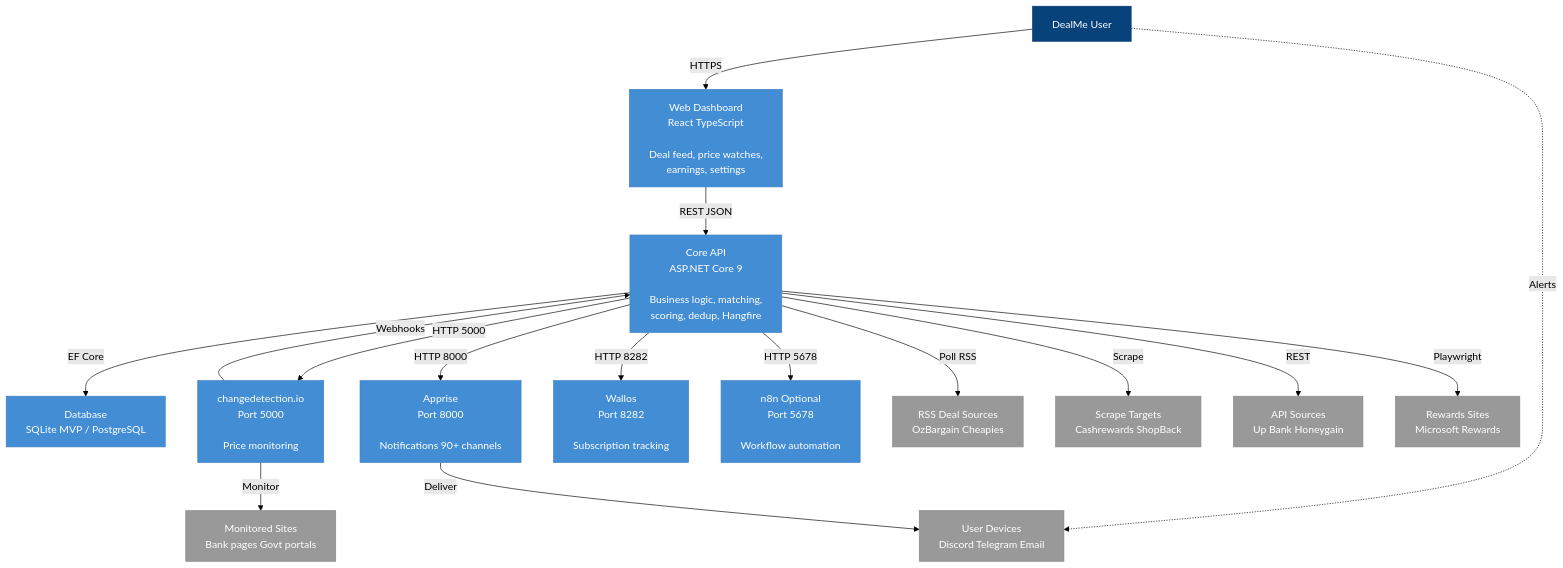
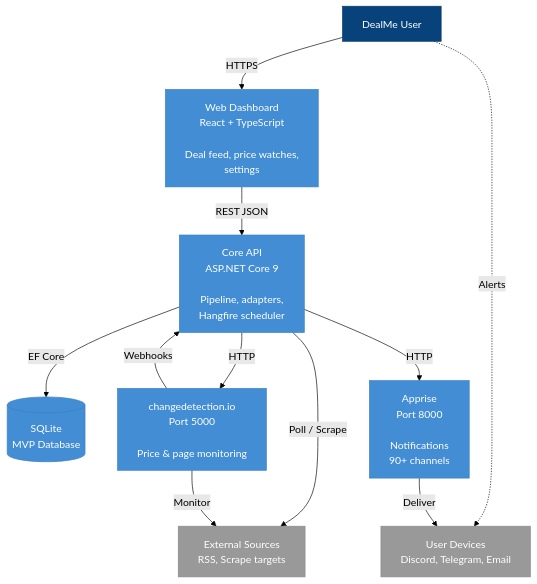
The second of 7 diagrams in docs/ARCHITECTURE.md (abhishekmandhare/Dealme), drawn with Mermaid (forest theme) before and after one commit. The commit also changed other lines of this file and 3 other files, not shown here.

````diff
--- a/docs/ARCHITECTURE.md
+++ b/docs/ARCHITECTURE.md
@@ -60,50 +43,33 @@
 ```mermaid
 graph TB
     User["DealMe User"]
 
-    Dashboard["Web Dashboard<br/>React TypeScript<br/><br/>Deal feed, price watches,<br/>earnings, settings"]
-    API["Core API<br/>ASP.NET Core 9<br/><br/>Business logic, matching,<br/>scoring, dedup, Hangfire"]
-    DB["Database<br/>SQLite MVP / PostgreSQL"]
-    CDIO["changedetection.io<br/>Port 5000<br/><br/>Price monitoring"]
-    Apprise["Apprise<br/>Port 8000<br/><br/>Notifications 90+ channels"]
-    Wallos["Wallos<br/>Port 8282<br/><br/>Subscription tracking"]
-    N8N["n8n Optional<br/>Port 5678<br/><br/>Workflow automation"]
+    Dashboard["Web Dashboard<br/>React + TypeScript<br/><br/>Deal feed, price watches,<br/>settings"]
+    API["Core API<br/>ASP.NET Core 9<br/><br/>Pipeline, adapters,<br/>Hangfire scheduler"]
+    DB[("SQLite<br/>MVP Database")]
+    CDIO["changedetection.io<br/>Port 5000<br/><br/>Price & page monitoring"]
+    Apprise["Apprise<br/>Port 8000<br/><br/>Notifications<br/>90+ channels"]
 
-    RSS["RSS Deal Sources<br/>OzBargain Cheapies"]
-    Scrape["Scrape Targets<br/>Cashrewards ShopBack"]
-    APIs["API Sources<br/>Up Bank Honeygain"]
-    Monitored["Monitored Sites<br/>Bank pages Govt portals"]
-    RewardSites["Rewards Sites<br/>Microsoft Rewards"]
-    Devices["User Devices<br/>Discord Telegram Email"]
+    External["External Sources<br/>RSS, Scrape targets"]
+    Devices["User Devices<br/>Discord, Telegram, Email"]
 
     User -->|HTTPS| Dashboard
     User -.->|Alerts| Devices
     Dashboard -->|REST JSON| API
     API -->|EF Core| DB
-    API -->|HTTP 8000| Apprise
-    API -->|HTTP 5000| CDIO
+    API -->|HTTP| Apprise
+    API -->|HTTP| CDIO
     CDIO -->|Webhooks| API
-    API -->|HTTP 8282| Wallos
-    API -->|HTTP 5678| N8N
-    API -->|Poll RSS| RSS
-    API -->|Scrape| Scrape
-    API -->|REST| APIs
-    API -->|Playwright| RewardSites
-    CDIO -->|Monitor| Monitored
+    API -->|Poll / Scrape| External
+    CDIO -->|Monitor| External
     Apprise -->|Deliver| Devices
 
     style User fill:#08427B,stroke:#073B6F,color:#fff
     style Dashboard fill:#438DD5,stroke:#3C7FC0,color:#fff
     style API fill:#438DD5,stroke:#3C7FC0,color:#fff
     style DB fill:#438DD5,stroke:#3C7FC0,color:#fff
     style CDIO fill:#438DD5,stroke:#3C7FC0,color:#fff
     style Apprise fill:#438DD5,stroke:#3C7FC0,color:#fff
-    style Wallos fill:#438DD5,stroke:#3C7FC0,color:#fff
-    style N8N fill:#438DD5,stroke:#3C7FC0,color:#fff
-    style RSS fill:#999,stroke:#888,color:#fff
-    style Scrape fill:#999,stroke:#888,color:#fff
-    style APIs fill:#999,stroke:#888,color:#fff
-    style Monitored fill:#999,stroke:#888,color:#fff
-    style RewardSites fill:#999,stroke:#888,color:#fff
+    style External fill:#999,stroke:#888,color:#fff
     style Devices fill:#999,stroke:#888,color:#fff
 ```
````
